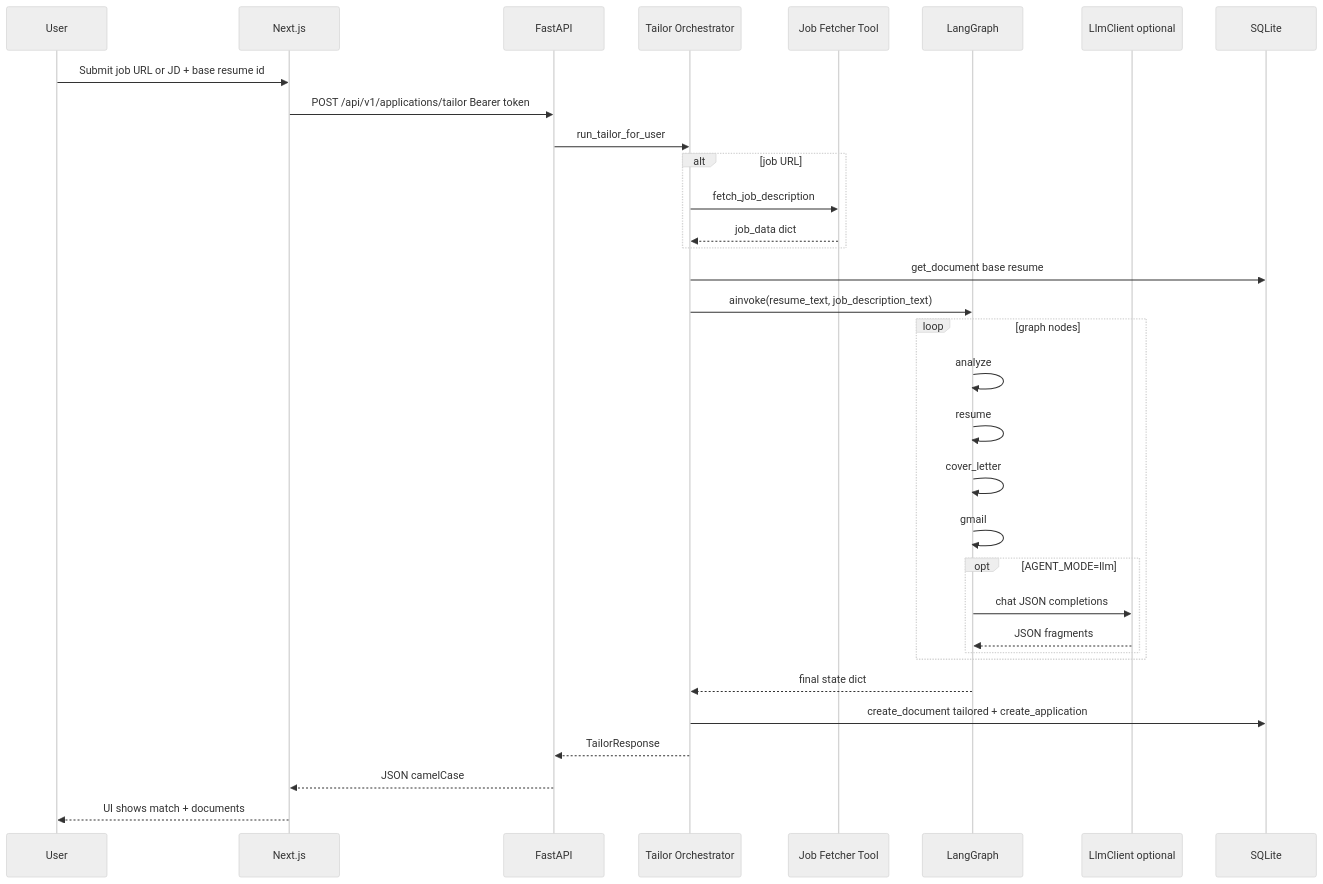
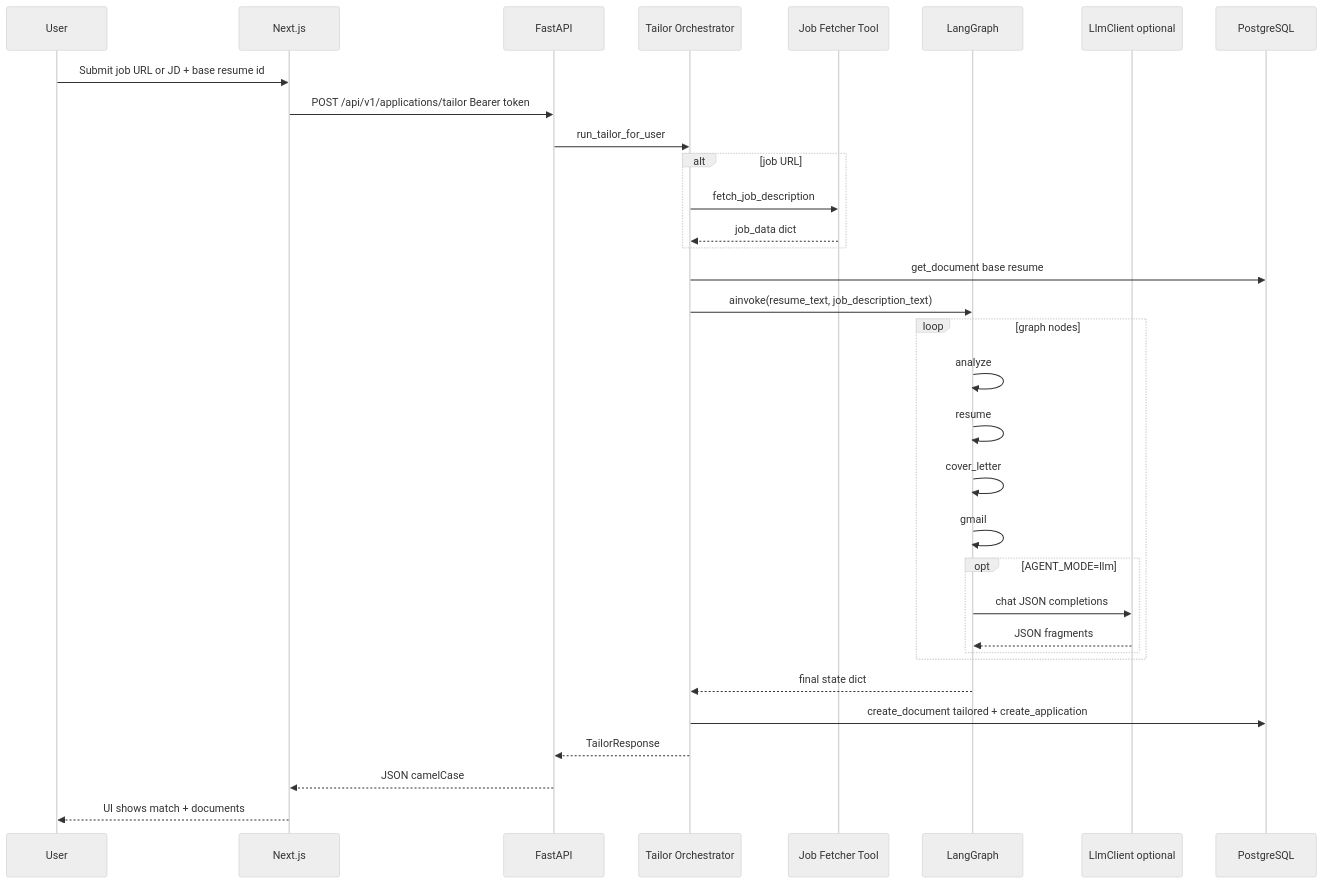
Before and after one commit to Andela-AI-Engineering-Bootcamp/TalentStreamAI: the second of 3 diagrams in agentarchitecture.md, drawn with Mermaid (neutral theme). The commit also changed other lines of this file and 33 other files, not shown here.

````diff
--- a/agentarchitecture.md
+++ b/agentarchitecture.md
@@ -119,36 +119,36 @@
 ```mermaid
 sequenceDiagram
     participant U as User
     participant F as Next.js
     participant A as FastAPI
     participant O as Tailor Orchestrator
     participant J as Job Fetcher Tool
     participant G as LangGraph
     participant L as LlmClient optional
-    participant D as SQLite
+    participant D as PostgreSQL
 
     U->>F: Submit job URL or JD + base resume id
     F->>A: POST /api/v1/applications/tailor Bearer token
     A->>O: run_tailor_for_user
     alt job URL
         O->>J: fetch_job_description
         J-->>O: job_data dict
     end
     O->>D: get_document base resume
     O->>G: ainvoke(resume_text, job_description_text)
     loop graph nodes
         G->>G: analyze
         G->>G: resume
         G->>G: cover_letter
         G->>G: gmail
         opt AGENT_MODE=llm
             G->>L: chat JSON completions
             L-->>G: JSON fragments
         end
     end
     G-->>O: final state dict
     O->>D: create_document tailored + create_application
     O-->>A: TailorResponse
     A-->>F: JSON camelCase
     F-->>U: UI shows match + documents
 ```
````
